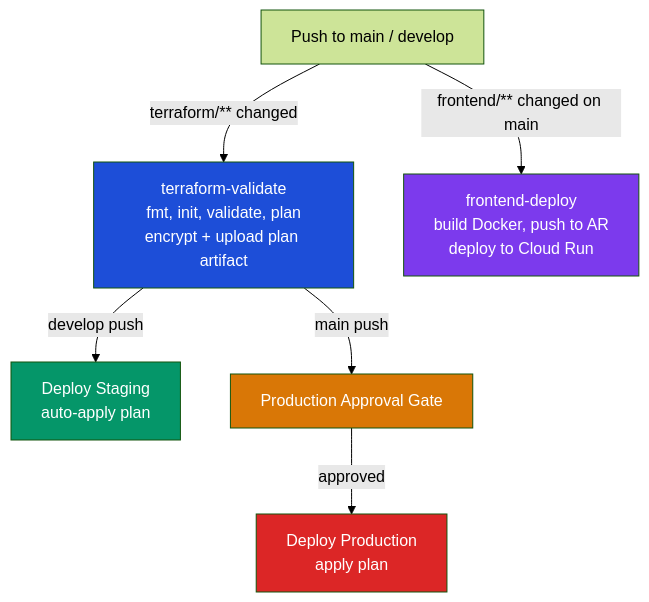
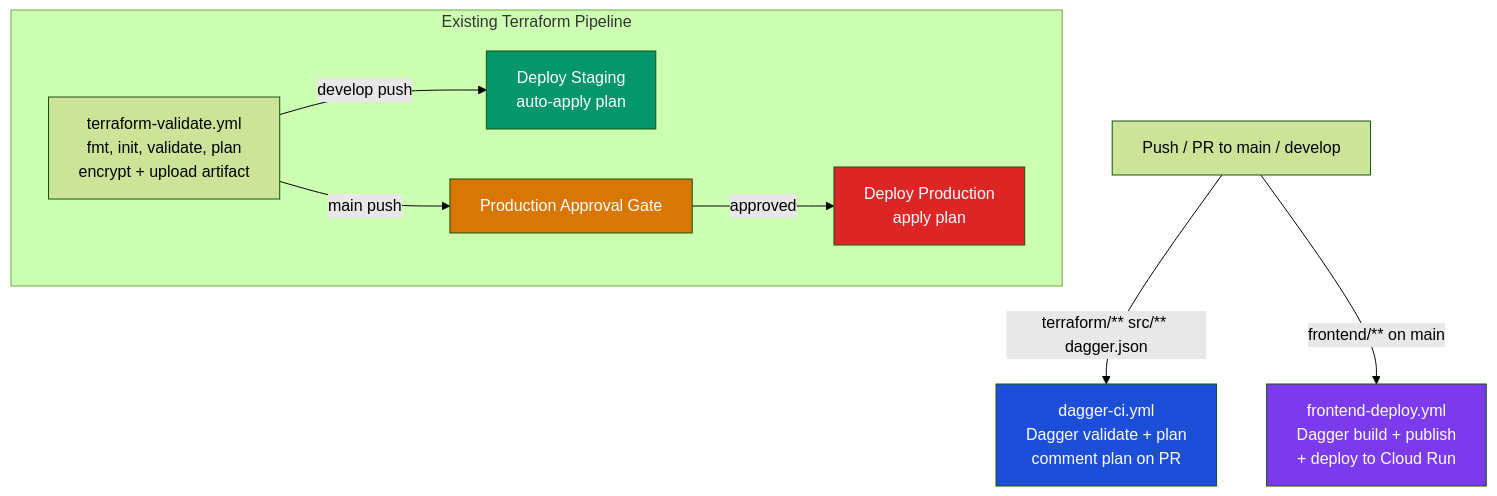
The second of 2 diagrams in README.md (brendanPro/poly-cloudops), drawn with Mermaid (forest theme) before and after one commit. The commit also changed other lines of this file and 1 other file, not shown here.

Commit message:
docs: update CI/CD documentation to reflect Dagger migration

````diff
--- a/README.md
+++ b/README.md
@@ -43,14 +43,18 @@
 ```mermaid
 flowchart TD
-    Push["Push to main / develop"] -->|"terraform/** changed"| Validate["terraform-validate\nfmt, init, validate, plan\nencrypt + upload plan artifact"]
-    Push -->|"frontend/** changed on main"| FrontendDeploy["frontend-deploy\nbuild Docker, push to AR\ndeploy to Cloud Run"]
-    Validate -->|"develop push"| Staging["Deploy Staging\nauto-apply plan"]
-    Validate -->|"main push"| ProdGate["Production Approval Gate"]
-    ProdGate -->|"approved"| Prod["Deploy Production\napply plan"]
+    Push["Push / PR to main / develop"] -->|"terraform/** src/** dagger.json"| DaggerValidate["dagger-ci.yml\nDagger validate + plan\ncomment plan on PR"]
+    Push -->|"frontend/** on main"| DaggerFrontend["frontend-deploy.yml\nDagger build + publish\n+ deploy to Cloud Run"]
 
-    style Validate fill:#1d4ed8,color:#fff
-    style FrontendDeploy fill:#7c3aed,color:#fff
+    subgraph "Existing Terraform Pipeline"
+        TF["terraform-validate.yml\nfmt, init, validate, plan\nencrypt + upload artifact"]
+        TF -->|"develop push"| Staging["Deploy Staging\nauto-apply plan"]
+        TF -->|"main push"| ProdGate["Production Approval Gate"]
+        ProdGate -->|"approved"| Prod["Deploy Production\napply plan"]
+    end
+
+    style DaggerValidate fill:#1d4ed8,color:#fff
+    style DaggerFrontend fill:#7c3aed,color:#fff
     style Staging fill:#059669,color:#fff
     style Prod fill:#dc2626,color:#fff
     style ProdGate fill:#d97706,color:#fff
 ```
````
